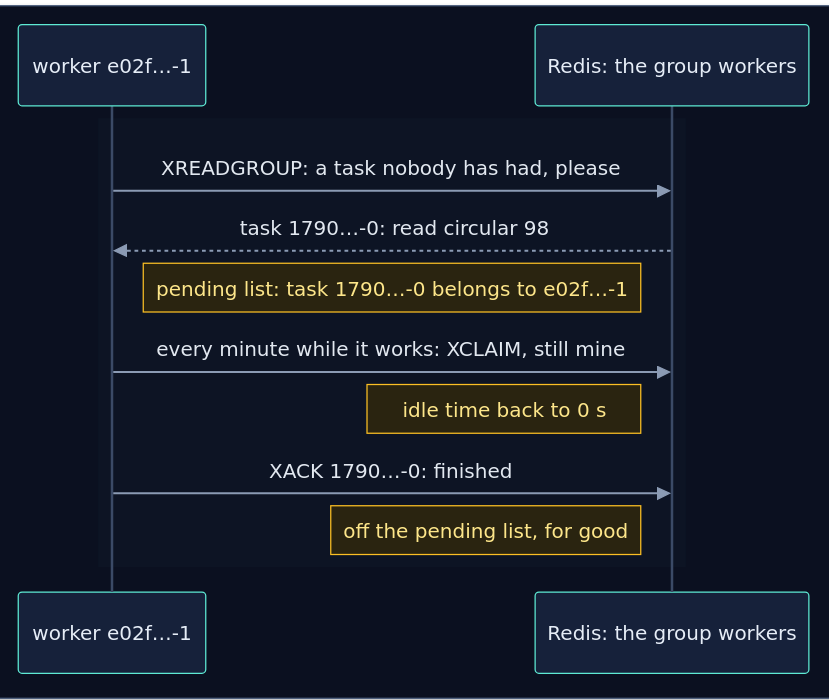
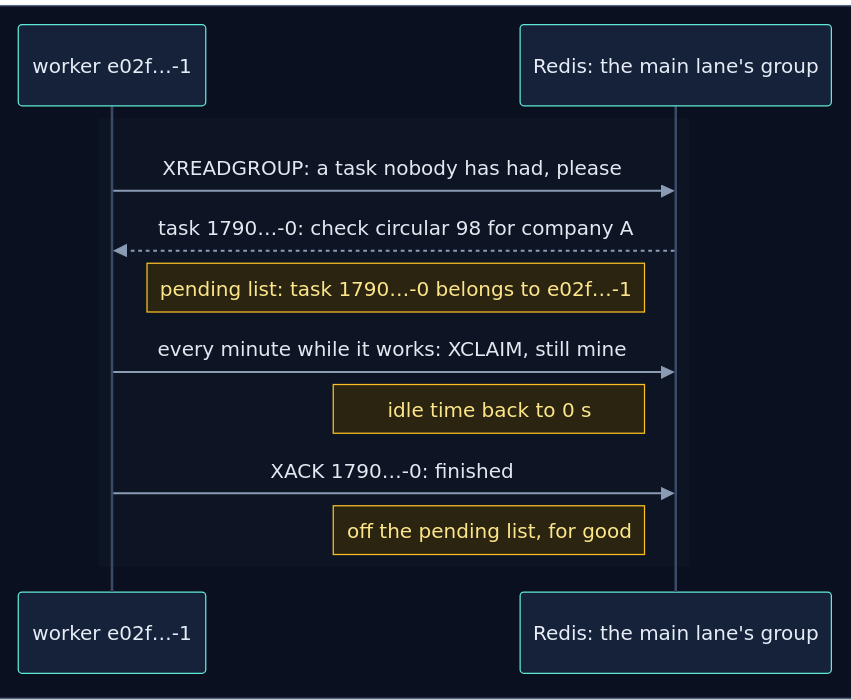
One commit to selvakumarperumal/Regulatory_Circular_Impact_Agent changed the eighth of 20 diagrams in how_the_worker_works.md. Above: the diagram before and after it, drawn with Mermaid. The commit also changed other lines of this file and 7 other files, not shown here.

Commit message:
Document the PDF lane and the main lane

````diff
--- a/how_the_worker_works.md
+++ b/how_the_worker_works.md
@@ -529,18 +602,18 @@
 ```mermaid
 %%{init: {"theme": "base", "sequence": {"diagramMarginX": 0, "diagramMarginY": 0}, "themeVariables": {"darkMode": true, "primaryColor": "#16213a", "primaryTextColor": "#e6edf7", "primaryBorderColor": "#475a7a", "lineColor": "#8b9bb4", "secondaryColor": "#1b2436", "tertiaryColor": "#101a2e", "edgeLabelBackground": "#0f172a", "textColor": "#e2e8f0", "actorBkg": "#16213a", "actorBorder": "#5eead4", "actorTextColor": "#e6edf7", "actorLineColor": "#3b4a66", "signalColor": "#8b9bb4", "signalTextColor": "#e2e8f0", "noteBkgColor": "#2a2410", "noteBorderColor": "#fbbf24", "noteTextColor": "#fde68a", "labelBoxBkgColor": "#1e293b", "labelBoxBorderColor": "#64748b", "labelTextColor": "#e2e8f0", "loopTextColor": "#c4b5fd", "sequenceNumberColor": "#0b1020", "activationBkgColor": "#1e293b"}}}%%
 sequenceDiagram
     box rgb(11, 16, 32)
         participant K as worker e02f…-1
-        participant R as Redis: the group workers
+        participant R as Redis: the main lane's group
     end
 
     rect rgb(13, 20, 36)
         K->>R: XREADGROUP: a task nobody has had, please
-        R-->>K: task 1790…-0: read circular 98
+        R-->>K: task 1790…-0: check circular 98 for company A
         Note left of R: pending list: task 1790…-0 belongs to e02f…-1
         K->>R: every minute while it works: XCLAIM, still mine
         Note left of R: idle time back to 0 s
         K->>R: XACK 1790…-0: finished
         Note left of R: off the pending list, for good
     end
 ```
````
